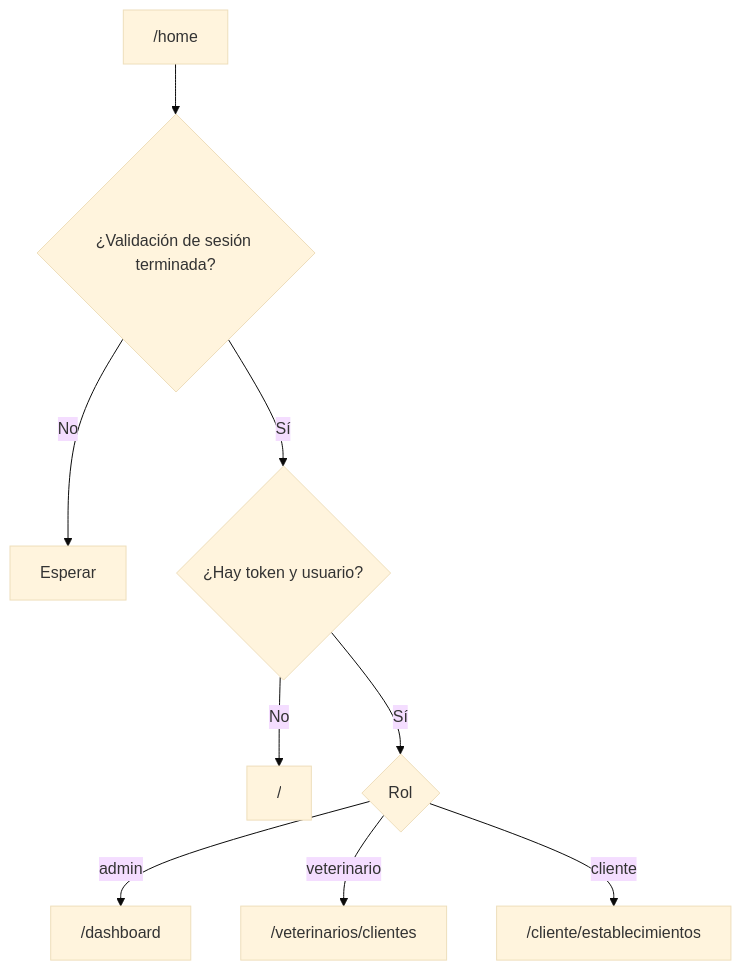
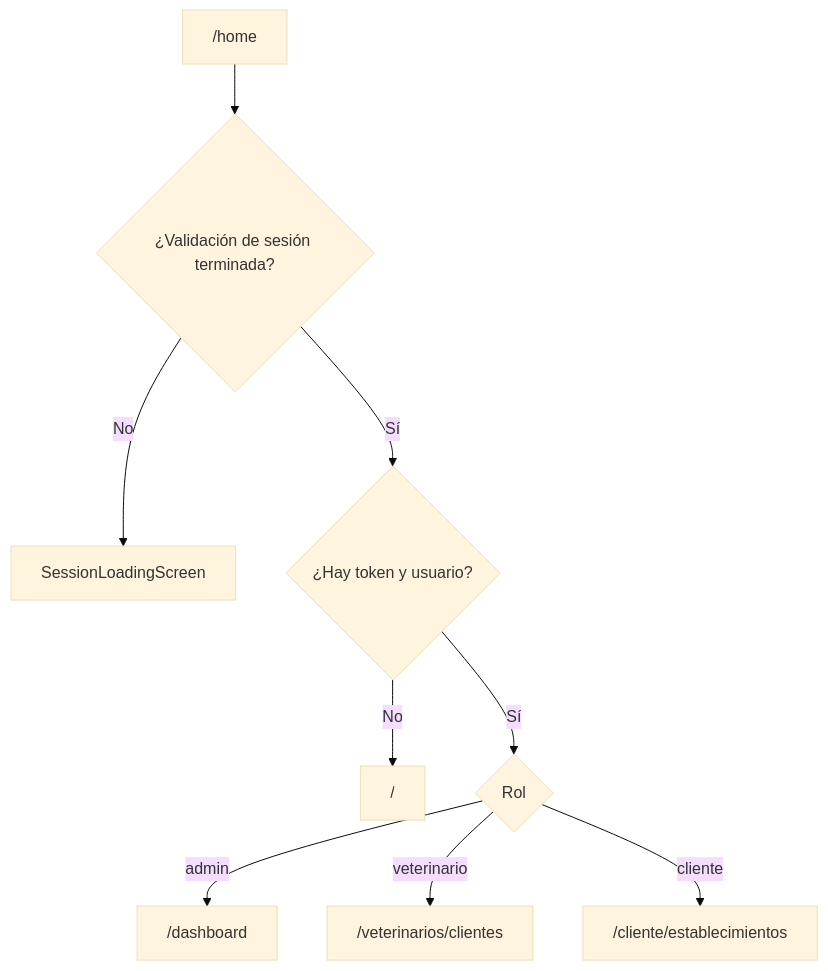
One commit to DanyTeruggi/PPS_Dosificador changed the second of 4 diagrams in frontend/FLUJO_NAVEGACION.md. Above: the diagram before and after it, drawn with Mermaid (base theme). The commit also changed other lines of this file and 28 other files, not shown here.

````diff
--- a/frontend/FLUJO_NAVEGACION.md
+++ b/frontend/FLUJO_NAVEGACION.md
@@ -127,11 +127,11 @@
 ```mermaid
 flowchart TD
     A["/home"] --> B{"¿Validación de sesión terminada?"}
-    B -->|No| C[Esperar]
+    B -->|No| C["SessionLoadingScreen"]
     B -->|Sí| D{"¿Hay token y usuario?"}
     D -->|No| E["/"]
     D -->|Sí| F{"Rol"}
     F -->|admin| G["/dashboard"]
     F -->|veterinario| H["/veterinarios/clientes"]
     F -->|cliente| I["/cliente/establecimientos"]
 ```
````
